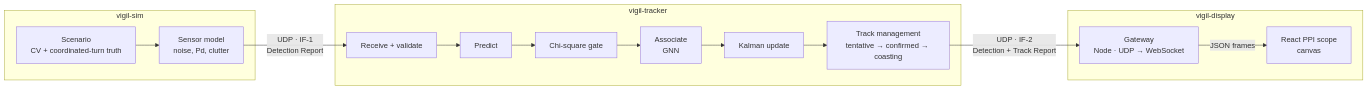
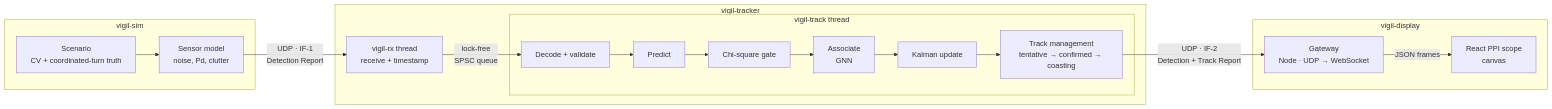
Before and after one commit to GetBirned/Vigil: the diagram in README.md, drawn with Mermaid. The commit also changed other lines of this file and 10 other files, not shown here.

First line of the commit message:
Split the tracker into a receive thread and a tracking thread

````diff
--- a/README.md
+++ b/README.md
@@ -19,14 +19,17 @@
 ```mermaid
 flowchart LR
   subgraph vigil-sim
     S[Scenario<br/>CV + coordinated-turn truth] --> N[Sensor model<br/>noise, Pd, clutter]
   end
   N -- "UDP · IF-1<br/>Detection Report" --> R
   subgraph vigil-tracker
-    R[Receive + validate] --> P[Predict] --> G[Chi-square gate] --> A[Associate<br/>GNN] --> U[Kalman update] --> M[Track management<br/>tentative → confirmed → coasting]
+    R[vigil-rx thread<br/>receive + timestamp] -- "lock-free<br/>SPSC queue" --> D
+    subgraph vigil-track thread
+      D[Decode + validate] --> P[Predict] --> G[Chi-square gate] --> A[Associate<br/>GNN] --> U[Kalman update] --> M[Track management<br/>tentative → confirmed → coasting]
+    end
   end
   M -- "UDP · IF-2<br/>Detection + Track Report" --> W
   subgraph vigil-display
     W[Gateway<br/>Node · UDP → WebSocket] -- JSON frames --> B[React PPI scope<br/>canvas]
   end
 ```
````
